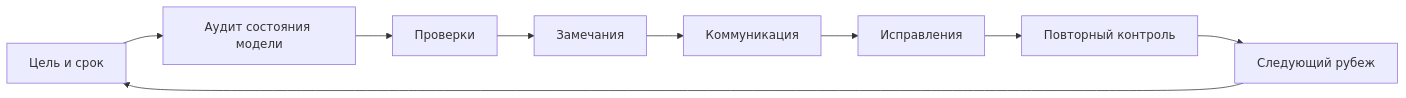
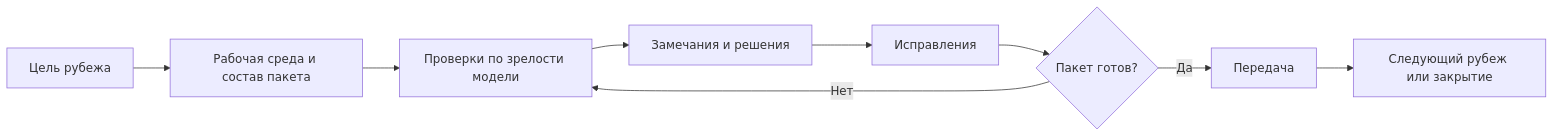
One commit to serjkserj/serjkserj.github.io changed the diagram in docs/13_module_11_project_work/06_vedenie_bim_protsessa_na_proekte.md. Above: the diagram before and after it, drawn with Mermaid. The commit also changed other lines of this file and 123 other files, not shown here.

````diff
--- a/docs/13_module_11_project_work/06_vedenie_bim_protsessa_na_proekte.md
+++ b/docs/13_module_11_project_work/06_vedenie_bim_protsessa_na_proekte.md
@@ -46,11 +49,11 @@
 ```mermaid
 flowchart LR
-    A[Цель и срок] --> B[Аудит состояния модели]
-    B --> C[Проверки]
-    C --> D[Замечания]
-    D --> E[Коммуникация]
-    E --> F[Исправления]
-    F --> G[Повторный контроль]
-    G --> H[Следующий рубеж]
-    H --> A
+    A[Цель рубежа] --> B[Рабочая среда и состав пакета]
+    B --> C[Проверки по зрелости модели]
+    C --> D[Замечания и решения]
+    D --> E[Исправления]
+    E --> F{Пакет готов?}
+    F -- Нет --> C
+    F -- Да --> G[Передача]
+    G --> H[Следующий рубеж или закрытие]
 ```
````
